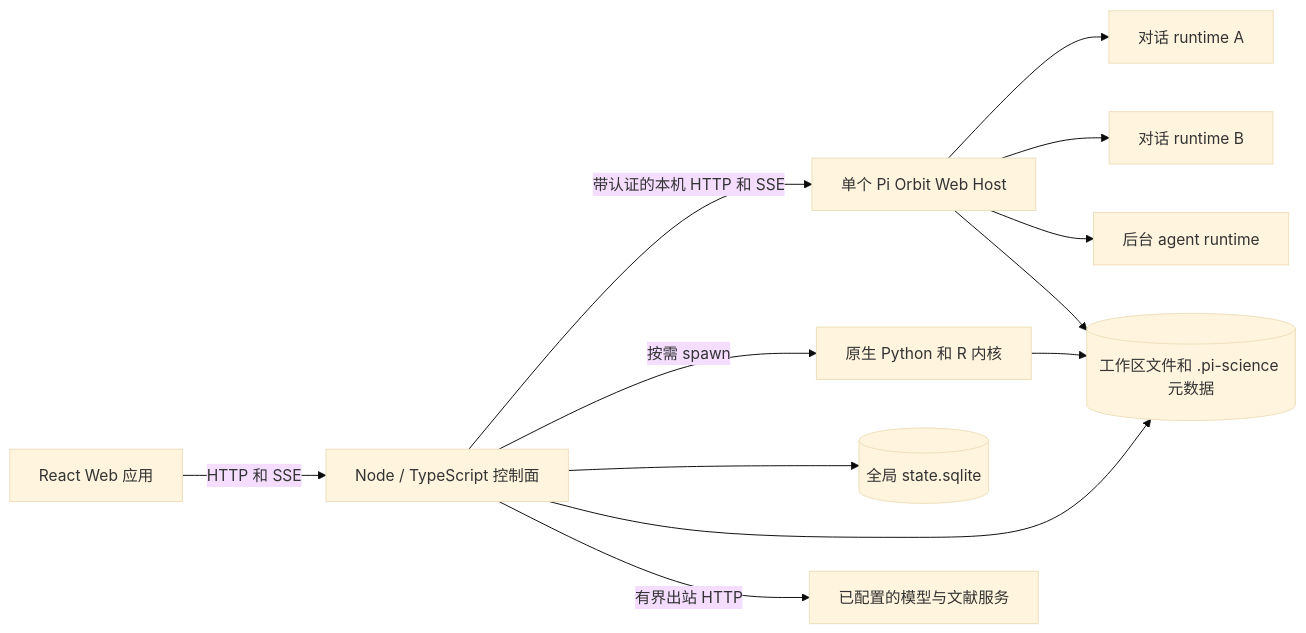
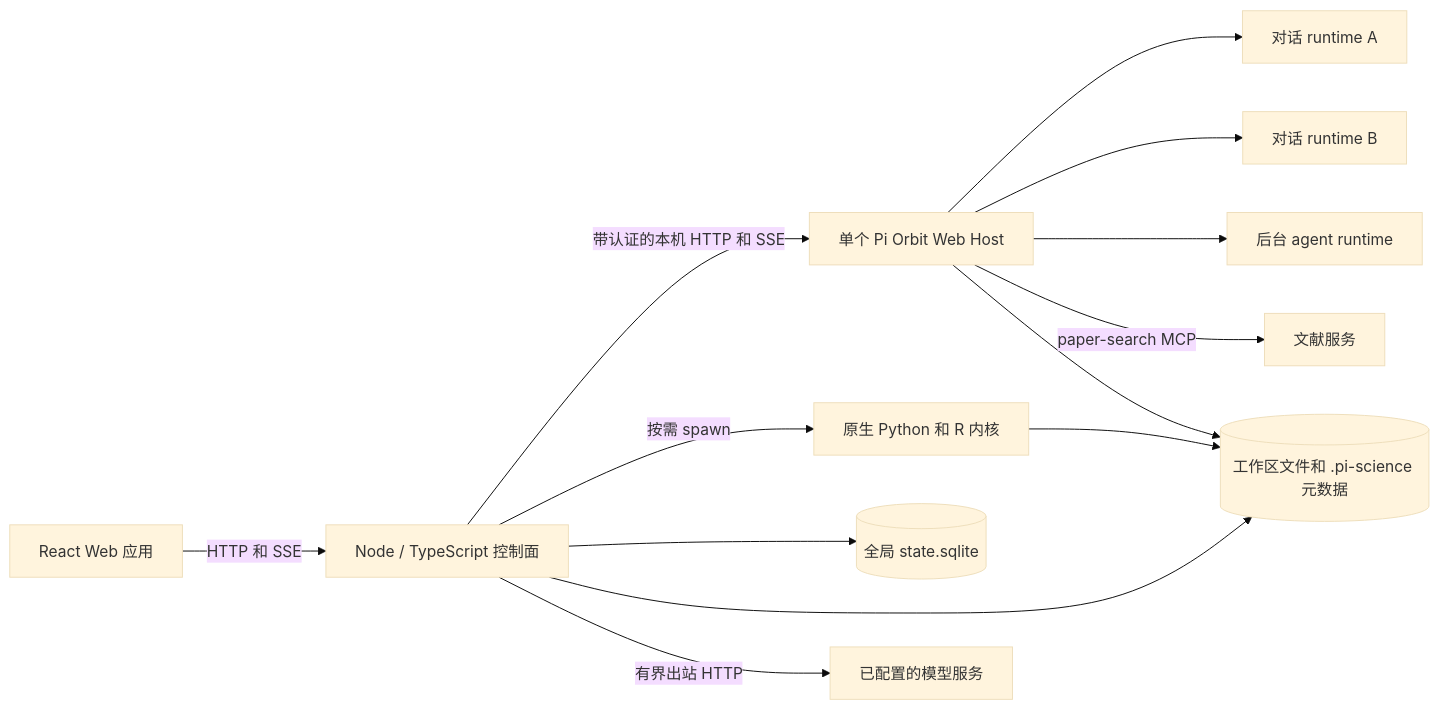
Before and after one commit to Garhorne0813/pi-science: the first of 3 diagrams in docs/architecture.zh-CN.md, drawn with Mermaid (base theme). The commit also changed other lines of this file and 34 other files, not shown here.

````diff
--- a/docs/architecture.zh-CN.md
+++ b/docs/architecture.zh-CN.md
@@ -10,14 +10,15 @@
 ```mermaid
 flowchart LR
     UI[React Web 应用] -->|HTTP 和 SSE| CP[Node / TypeScript 控制面]
     CP -->|带认证的本机 HTTP 和 SSE| PH[单个 Pi Orbit Web Host]
     PH --> R1[对话 runtime A]
     PH --> R2[对话 runtime B]
     PH --> RN[后台 agent runtime]
     CP -->|按需 spawn| K[原生 Python 和 R 内核]
     CP --> DB[(全局 state.sqlite)]
     CP --> WS[(工作区文件和 .pi-science 元数据)]
-    CP -->|有界出站 HTTP| EXT[已配置的模型与文献服务]
+    CP -->|有界出站 HTTP| EXT[已配置的模型服务]
+    PH -->|paper-search MCP| LIT[文献服务]
     PH --> WS
     K --> WS
 ```
````
